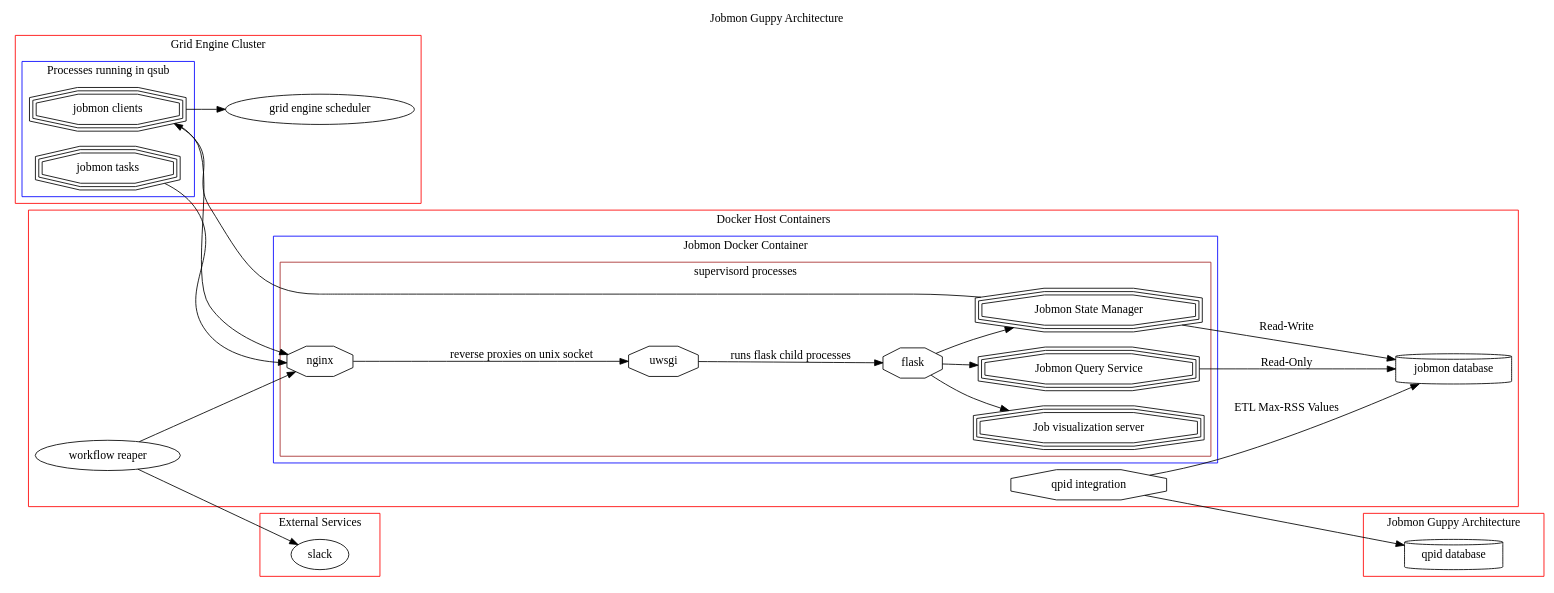
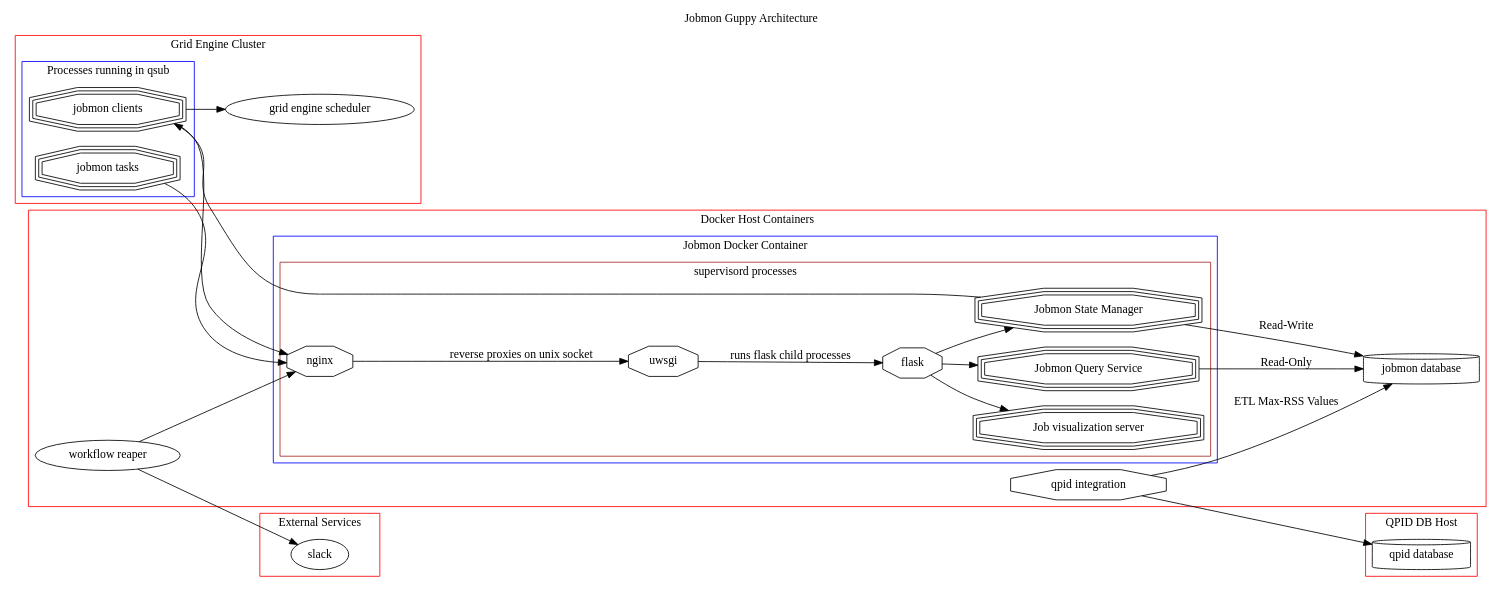
The diagram in docsource/architecture.rst (eekcoopuw/jobmon), drawn with Graphviz before and after one commit.

Commit message:
fixing qpid db label

```diff
--- a/docsource/architecture.rst
+++ b/docsource/architecture.rst
@@ -9,70 +9,71 @@
 .. graphviz::
 
   digraph G {
     label="Jobmon Guppy Architecture"
     rankdir=LR; // Left to right direction
     compound=true;
     labelloc="t";
 
     subgraph "cluster_external" {
         graph[style=solid; color=red];
         label="External Services"
         "slack" [shape="oval"]
     }
 
     subgraph "cluster_grid_engine" {
         graph[style=solid; color=red];
         label="Grid Engine Cluster";
         subgraph "cluster_qsub" {
             graph [color="blue"]
           label="Processes running in qsub"
           "jobmon clients" ["shape"="tripleoctagon"]
           "jobmon tasks" ["shape"="tripleoctagon"]
         }
       "grid engine scheduler" [shape="oval"]
       "jobmon clients" -> "grid engine scheduler"
 
     }
     subgraph cluster_qpid_db {
       graph[style=solid; color=red];
+      label="QPID DB Host"
       "qpid database" [shape="cylinder"]
     }
     subgraph "cluster_docker-host" {
       graph[style=solid; color=red];
       label="Docker Host Containers";
       "jobmon database" [shape="cylinder"]
       subgraph "cluster_jobmon-container" {
         graph[style=solid; color=blue];
         label="Jobmon Docker Container";
         subgraph "cluster_supervisord" {
           label="supervisord processes";
           graph[style=solid; color=brown];
           "nginx" [shape="octagon"]
           "uwsgi" [shape="octagon"]
           "flask" [shape="octagon"]
           "Jobmon State Manager" [shape="tripleoctagon"]
           "Jobmon Query Service" [shape="tripleoctagon"]
           "Job visualization server" [shape="tripleoctagon"]
           {rank=same; "Jobmon State Manager"; "Jobmon Query Service"}
         }
       }
       "qpid integration" [shape="octagon"]
       "nginx" -> "uwsgi" [label="reverse proxies on unix socket"]
       "uwsgi" -> "flask" [label="runs flask child processes"]
       "flask" -> "Jobmon State Manager"
       "flask" -> "Jobmon Query Service"
       "flask" -> "Job visualization server"
       "jobmon clients" -> "nginx"
       "jobmon tasks" -> "nginx"
       "Jobmon State Manager" -> "jobmon database" [label="Read-Write"]
       "Jobmon Query Service" -> "jobmon database" [label="Read-Only"]
       "workflow reaper" -> "nginx"
 
       "Jobmon State Manager" -> "jobmon clients"
     }
 
 
     "workflow reaper" -> "slack"
     "qpid integration" -> "qpid database"
     "qpid integration" -> "jobmon database"  [label="ETL Max-RSS Values"]
   }
```
